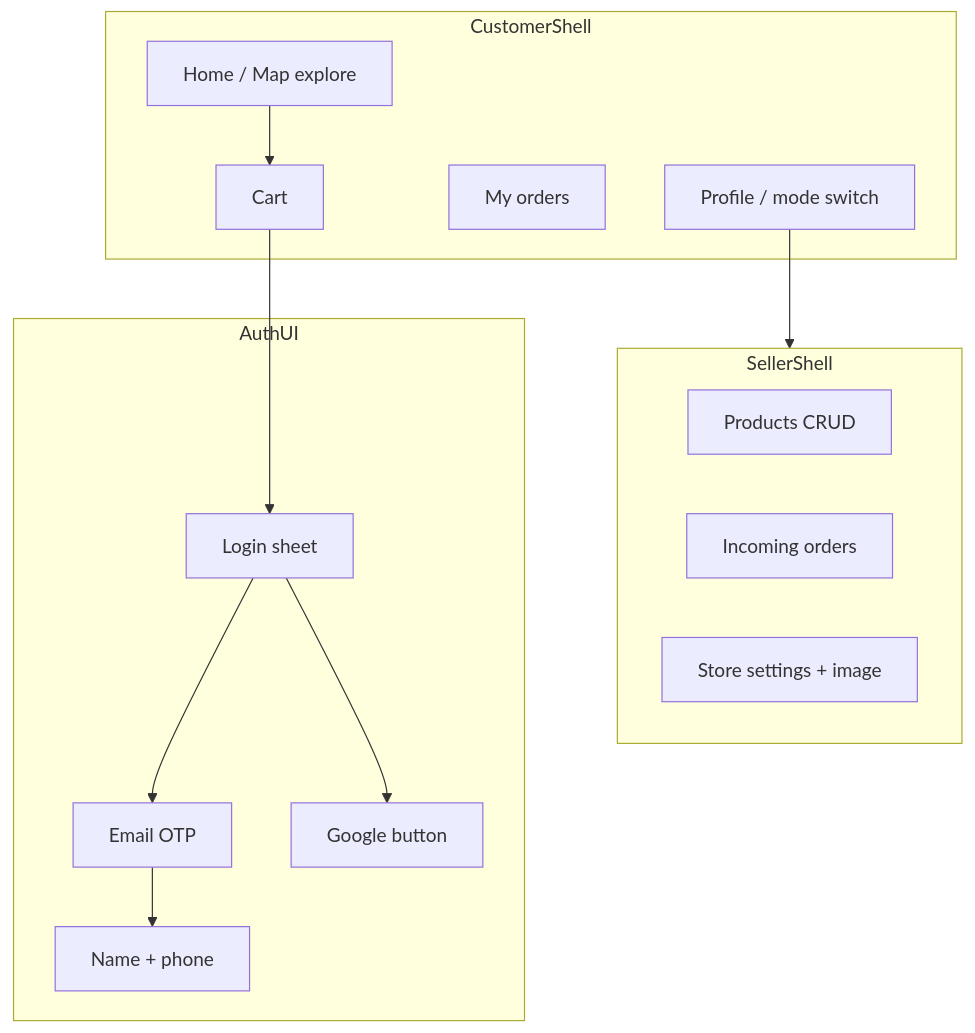
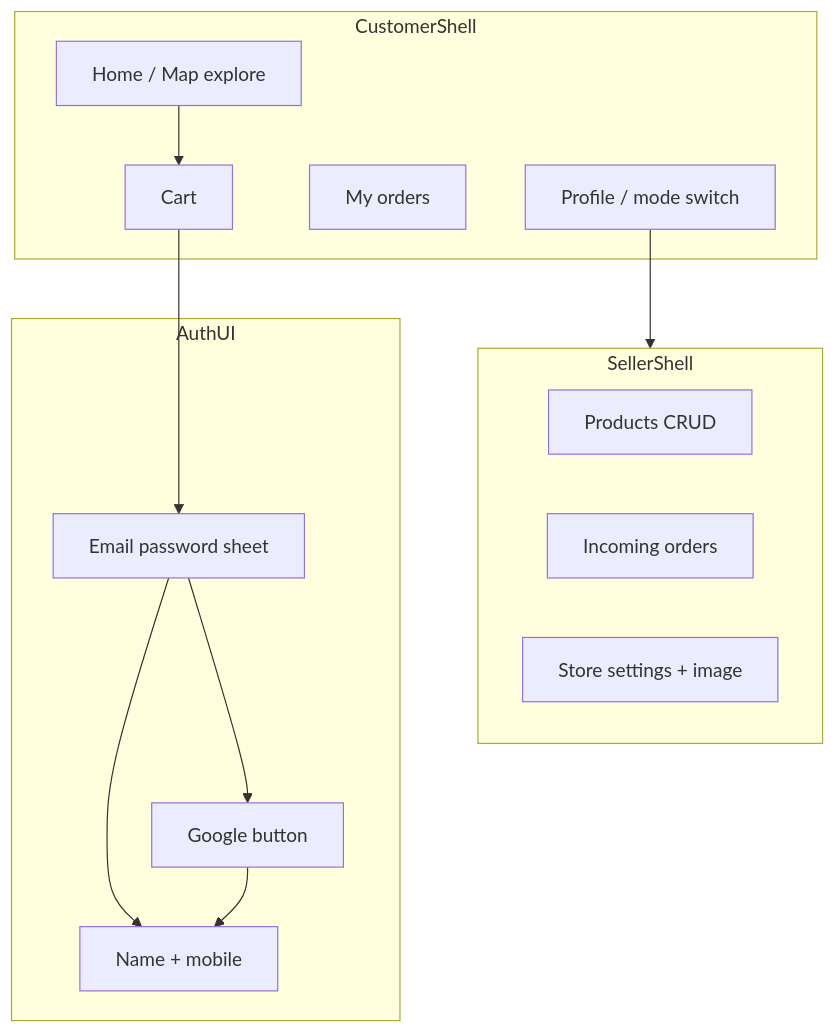
One commit to codecrafteryt/paanipe changed diagram 12 of 12 in README.md. Above: the diagram before and after it, drawn with Mermaid. The commit also changed other lines of this file and 17 other files, not shown here.

First line of the commit message:
feat: switch auth to Email/Password + Google on Firebase

````diff
--- a/README.md
+++ b/README.md
@@ -550,28 +535,27 @@
 ```mermaid
 flowchart TB
   subgraph CustomerShell
     Home[Home / Map explore]
     Cart[Cart]
     OrdersC[My orders]
     Profile[Profile / mode switch]
   end
 
   subgraph SellerShell
     Catalog[Products CRUD]
     OrdersS[Incoming orders]
     Store[Store settings + image]
   end
 
   subgraph AuthUI
-    Login[Login sheet]
-    OTP[Email OTP]
+    Login[Email password sheet]
     Google[Google button]
-    Complete[Name + phone]
+    Complete[Name + mobile]
   end
 
   Home --> Cart --> Login
-  Login --> OTP
   Login --> Google
-  OTP --> Complete
+  Login --> Complete
+  Google --> Complete
   Profile --> SellerShell
 ```
````
